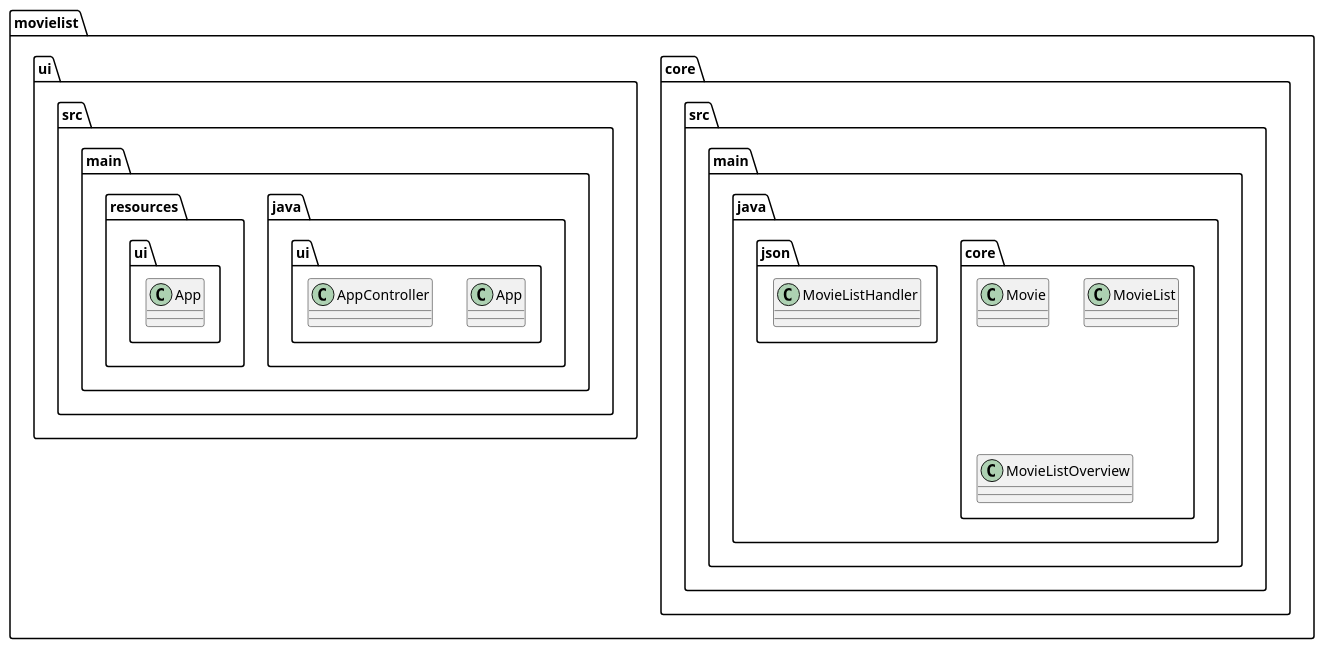
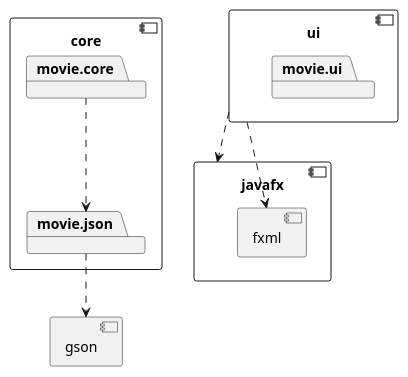
Before and after one commit to thomadha/gr2336: the diagram in docs/release2/package.plantuml, drawn with PlantUML. The commit also changed other lines of this file and 2 other files, not shown here.

Commit message:
New draft for package diagram

```diff
--- a/docs/release2/package.plantuml
+++ b/docs/release2/package.plantuml
@@ -1,22 +1,28 @@
 @startuml Package diagram
 
-package "movielist.core.src.main.java.core" {
-  class Movie 
-  class MovieList 
-  class MovieListOverview 
+component core {
+	package movie.core
+	package movie.json
 }
 
-package "movielist.core.src.main.java.json" {
-  class MovieListHandler 
+movie.core ..> movie.json
+
+component gson {
 }
 
-package "movielist.ui.src.main.java.ui" {
-  class App 
-  class AppController 
+movie.json ..> gson
+
+component ui {
+    package movie.ui
 }
 
-package "movielist.ui.src.main.resources.ui" {
-  class App
+component javafx {
+	component fxml {
+	}
 }
 
+ui ..> javafx
+ui ..> fxml
+
+
 @enduml
```
